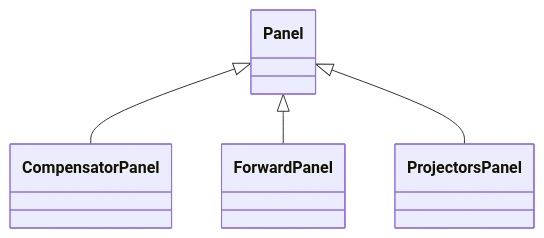
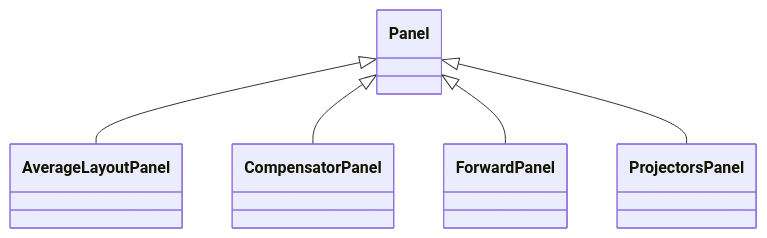
Before and after one commit to mne-tools/mne-cpp: the diagram in doc/website/docs/api/viz/panel.mdx, drawn with Mermaid. The commit also changed other lines of this file and 49 other files, not shown here.

````diff
--- a/doc/website/docs/api/viz/panel.mdx
+++ b/doc/website/docs/api/viz/panel.mdx
@@ -39,9 +39,11 @@
 ```mermaid
 classDiagram
+    Panel <|-- AverageLayoutPanel
+    click AverageLayoutPanel href "../../viz/average-layout-panel/"
     Panel <|-- CompensatorPanel
     click CompensatorPanel href "../../viz/compensator-panel/"
     Panel <|-- ForwardPanel
     click ForwardPanel href "../../viz/forward-panel/"
     Panel <|-- ProjectorsPanel
     click ProjectorsPanel href "../../viz/projectors-panel/"
 ```
````
